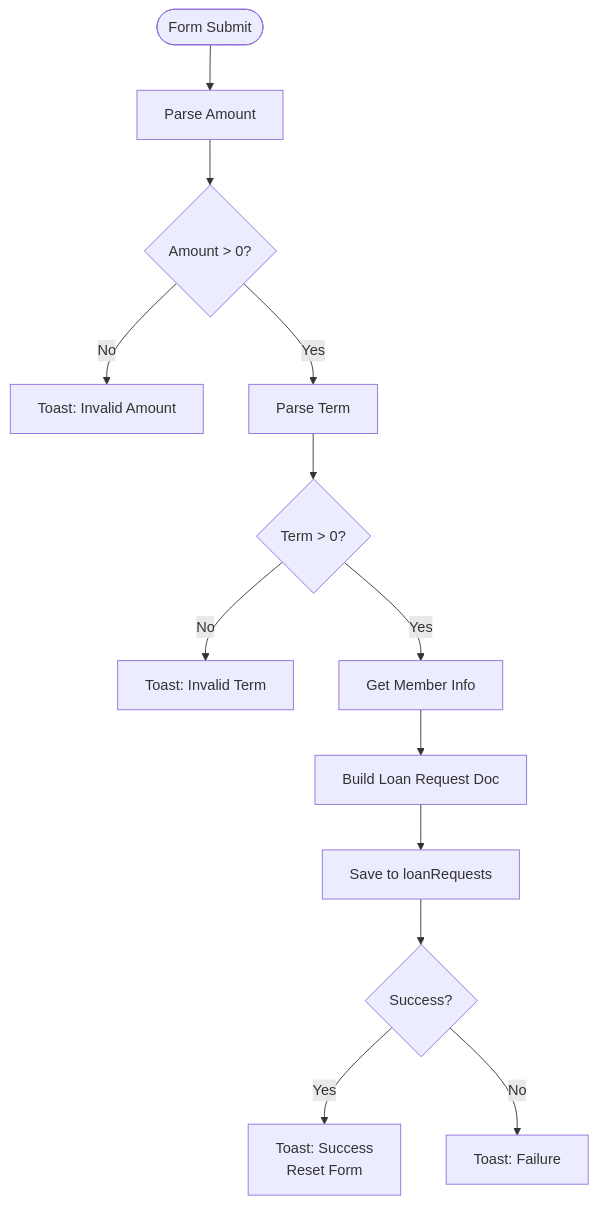
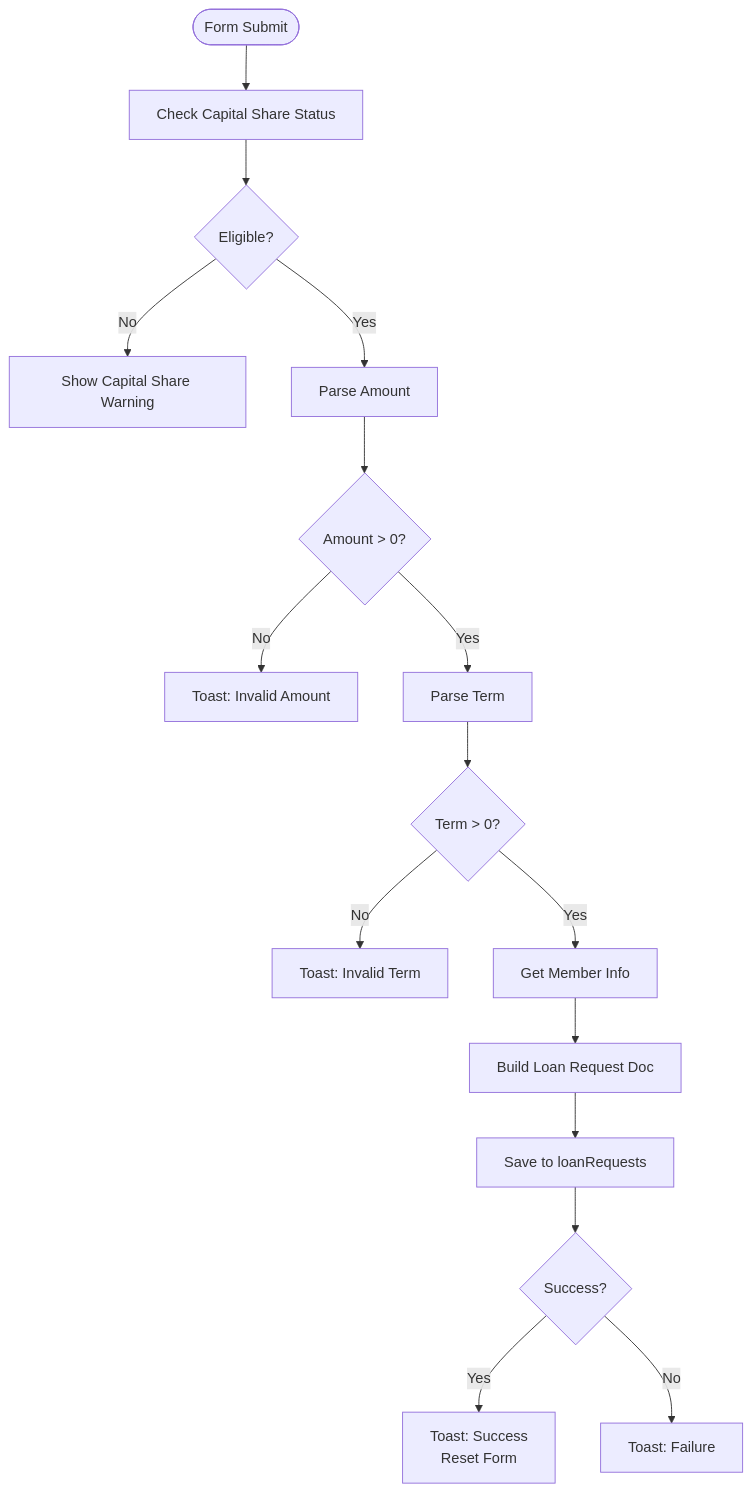
The fourth of 11 diagrams in .qoder/repowiki/en/content/Loan Management System/Loan Application Workflow.md (Unsure-bry/sampacoop_system), drawn with Mermaid before and after one commit. The commit also changed other lines of this file and 6 other files, not shown here.

````diff
--- a/.qoder/repowiki/en/content/Loan Management System/Loan Application Workflow.md
+++ b/.qoder/repowiki/en/content/Loan Management System/Loan Application Workflow.md
@@ -186,15 +222,18 @@
 ```mermaid
 flowchart TD
-Start(["Form Submit"]) --> ValidateAmt["Parse Amount"]
+Start(["Form Submit"]) --> CheckCapital["Check Capital Share Status"]
+CheckCapital --> Eligible{"Eligible?"}
+Eligible --> |No| ShowRestriction["Show Capital Share Warning"]
+Eligible --> |Yes| ValidateAmt["Parse Amount"]
 ValidateAmt --> AmtValid{"Amount > 0?"}
 AmtValid --> |No| ErrAmt["Toast: Invalid Amount"]
 AmtValid --> |Yes| ValidateTerm["Parse Term"]
 ValidateTerm --> TermValid{"Term > 0?"}
 TermValid --> |No| ErrTerm["Toast: Invalid Term"]
 TermValid --> |Yes| FetchMember["Get Member Info"]
 FetchMember --> BuildDoc["Build Loan Request Doc"]
 BuildDoc --> Save["Save to loanRequests"]
 Save --> Done{"Success?"}
 Done --> |Yes| Success["Toast: Success<br/>Reset Form"]
 Done --> |No| Fail["Toast: Failure"]
 ```
````
